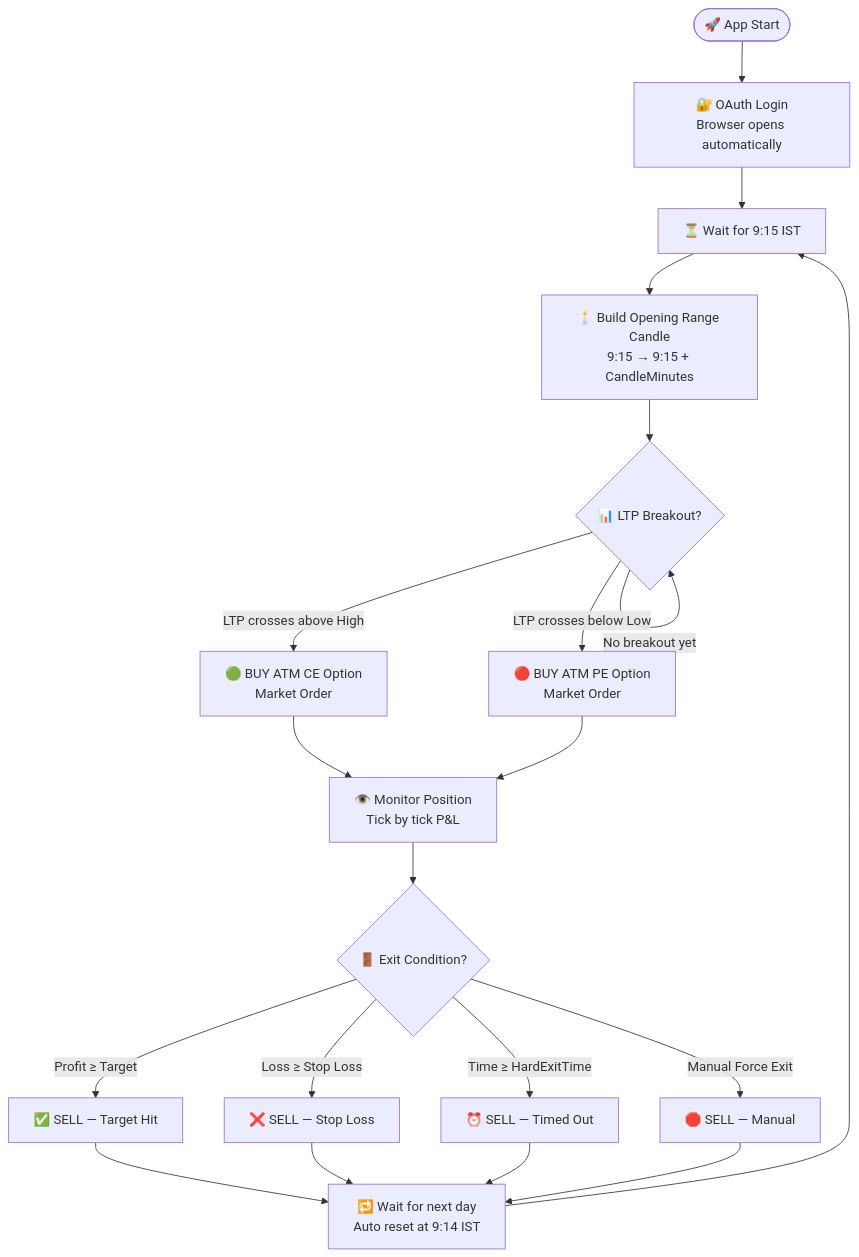
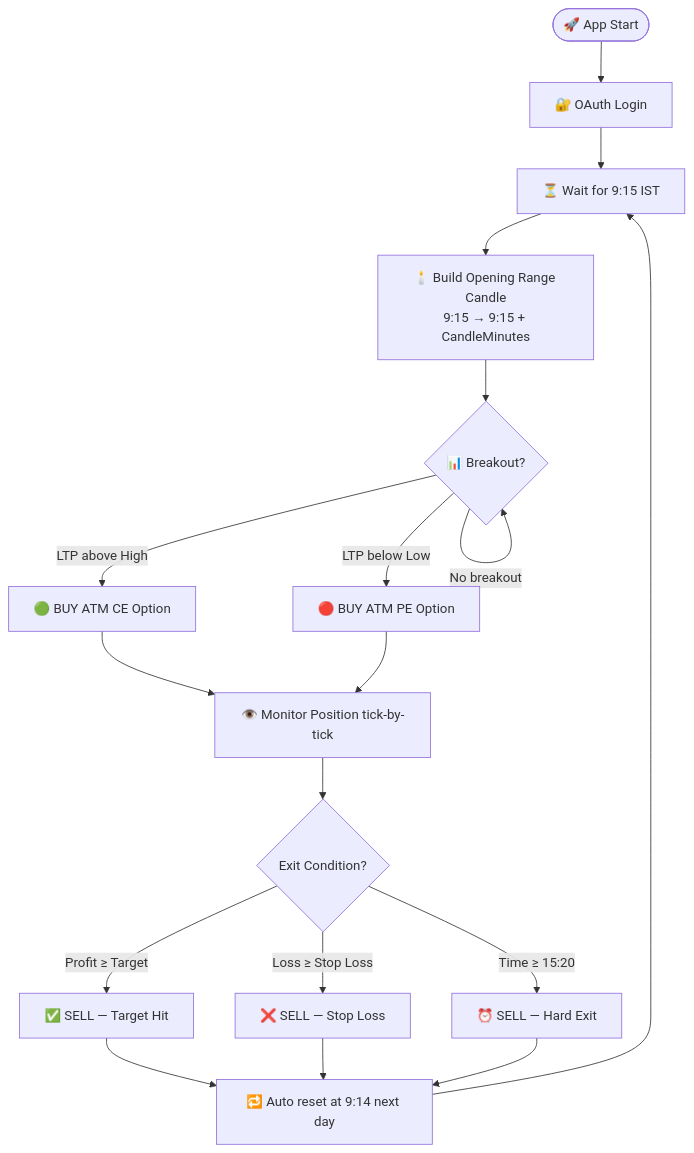
Before and after one commit to vamshikrishna4992/New-Auto_Algo: the second of 4 diagrams in README.md, drawn with Mermaid. The commit also changed other lines of this file and 68 other files, not shown here.

````diff
--- a/README.md
+++ b/README.md
@@ -28,19 +94,18 @@
 ```mermaid
 flowchart TD
-    A([🚀 App Start]) --> B[🔐 OAuth Login\nBrowser opens automatically]
+    A([🚀 App Start]) --> B[🔐 OAuth Login]
     B --> C[⏳ Wait for 9:15 IST]
     C --> D[🕯️ Build Opening Range Candle\n9:15 → 9:15 + CandleMinutes]
-    D --> E{📊 LTP Breakout?}
-    E -->|LTP crosses above High| F[🟢 BUY ATM CE Option\nMarket Order]
-    E -->|LTP crosses below Low| G[🔴 BUY ATM PE Option\nMarket Order]
-    E -->|No breakout yet| E
-    F --> H[👁️ Monitor Position\nTick by tick P&L]
+    D --> E{📊 Breakout?}
+    E -->|LTP above High| F[🟢 BUY ATM CE Option]
+    E -->|LTP below Low| G[🔴 BUY ATM PE Option]
+    E -->|No breakout| E
+    F --> H[👁️ Monitor Position tick-by-tick]
     G --> H
-    H --> I{🚪 Exit Condition?}
+    H --> I{Exit Condition?}
     I -->|Profit ≥ Target| J[✅ SELL — Target Hit]
     I -->|Loss ≥ Stop Loss| K[❌ SELL — Stop Loss]
-    I -->|Time ≥ HardExitTime| L[⏰ SELL — Timed Out]
-    I -->|Manual Force Exit| M[🛑 SELL — Manual]
-    J & K & L & M --> N[🔁 Wait for next day\nAuto reset at 9:14 IST]
+    I -->|Time ≥ 15:20| L[⏰ SELL — Hard Exit]
+    J & K & L --> N[🔁 Auto reset at 9:14 next day]
     N --> C
 ```
````
